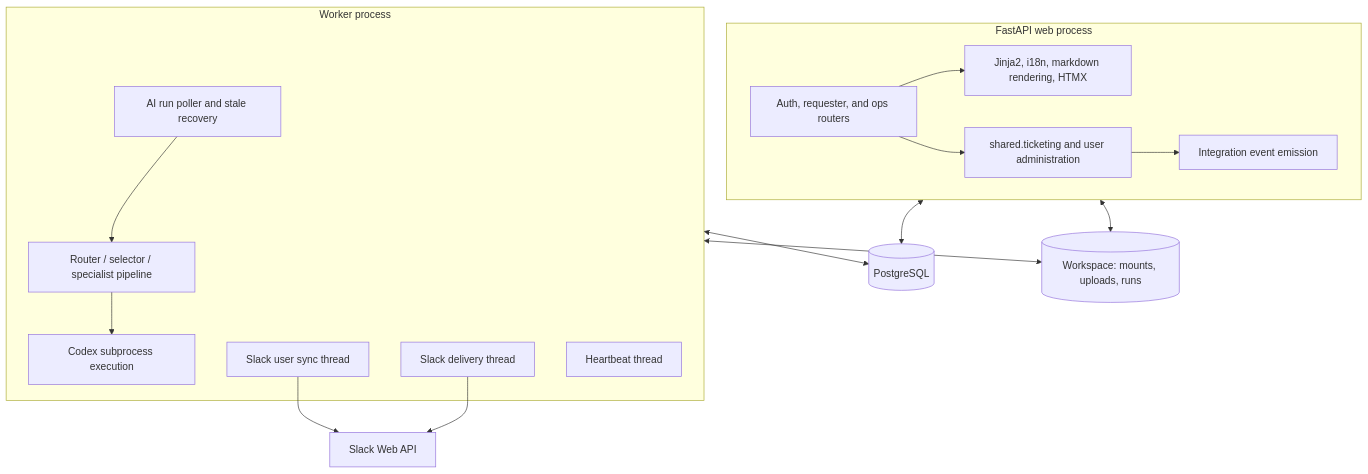
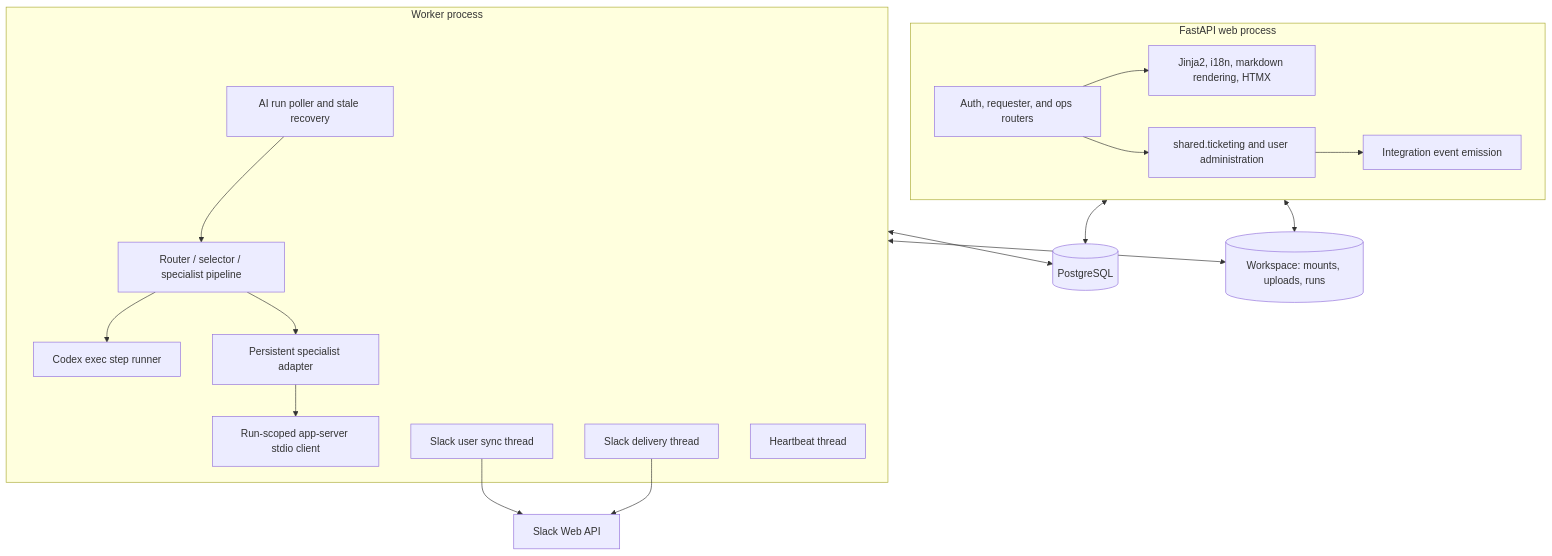
The third of 4 diagrams in architecture/system-overview.md (mrauter1/AutoSac), drawn with Mermaid before and after one commit. The commit also changed other lines of this file and 42 other files, not shown here.

Commit message:
Implement persistent Codex active-turn steering

````diff
--- a/architecture/system-overview.md
+++ b/architecture/system-overview.md
@@ -58,33 +58,37 @@
 ```mermaid
 flowchart TB
     subgraph Web_Process[FastAPI web process]
       ROUTES[Auth, requester, and ops routers]
       UI[Jinja2, i18n, markdown rendering, HTMX]
       DOMAIN[shared.ticketing and user administration]
       EVENT_EMIT[Integration event emission]
       ROUTES --> UI
       ROUTES --> DOMAIN
       DOMAIN --> EVENT_EMIT
     end
 
     subgraph Worker_Process[Worker process]
       POLLER[AI run poller and stale recovery]
       PIPELINE[Router / selector / specialist pipeline]
-      CODEX_RUNNER[Codex subprocess execution]
+      CODEX_RUNNER[Codex exec step runner]
+      PERSISTENT[Persistent specialist adapter]
+      APP_SERVER[Run-scoped app-server stdio client]
       SLACK_SYNC[Slack user sync thread]
       SLACK_DELIVERY[Slack delivery thread]
       HEARTBEAT[Heartbeat thread]
-      POLLER --> PIPELINE --> CODEX_RUNNER
+      POLLER --> PIPELINE
+      PIPELINE --> CODEX_RUNNER
+      PIPELINE --> PERSISTENT --> APP_SERVER
     end
 
     DB[(PostgreSQL)]
     WORKSPACE[(Workspace: mounts, uploads, runs)]
     SLACK[Slack Web API]
 
     Web_Process <--> DB
     Web_Process <--> WORKSPACE
     Worker_Process <--> DB
     Worker_Process <--> WORKSPACE
     SLACK_SYNC --> SLACK
     SLACK_DELIVERY --> SLACK
 ```
````
